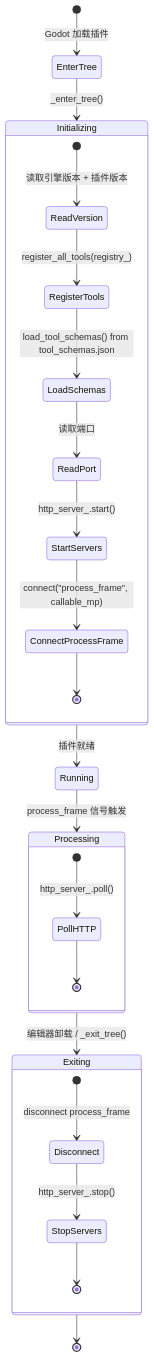
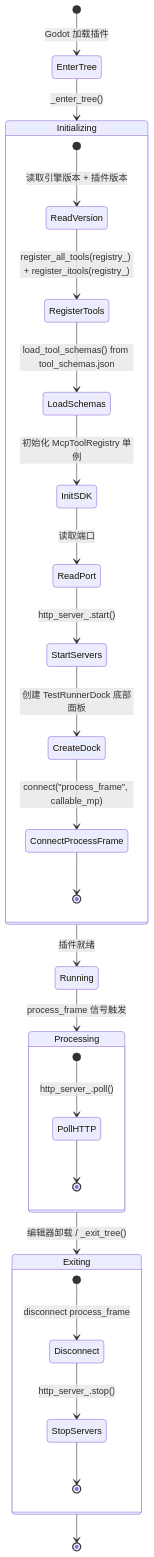
Before and after one commit to jesspig/GodotMCP-GDExtension: the diagram in .repo_wiki/modules/editor-plugin.md, drawn with Mermaid. The commit also changed other lines of this file and 8 other files, not shown here.

````diff
--- a/.repo_wiki/modules/editor-plugin.md
+++ b/.repo_wiki/modules/editor-plugin.md
@@ -7,35 +7,37 @@
 ```mermaid
 stateDiagram-v2
     [*] --> EnterTree: Godot 加载插件
     
     EnterTree --> Initializing: _enter_tree()
     
     state Initializing {
         [*] --> ReadVersion: 读取引擎版本 + 插件版本
-        ReadVersion --> RegisterTools: register_all_tools(registry_)
+        ReadVersion --> RegisterTools: register_all_tools(registry_) + register_itools(registry_)
         RegisterTools --> LoadSchemas: load_tool_schemas() from tool_schemas.json
-        LoadSchemas --> ReadPort: 读取端口
+        LoadSchemas --> InitSDK: 初始化 McpToolRegistry 单例
+        InitSDK --> ReadPort: 读取端口
         ReadPort --> StartServers: http_server_.start()
-        StartServers --> ConnectProcessFrame: connect("process_frame", callable_mp)
+        StartServers --> CreateDock: 创建 TestRunnerDock 底部面板
+        CreateDock --> ConnectProcessFrame: connect("process_frame", callable_mp)
         ConnectProcessFrame --> [*]
     }
     
     Initializing --> Running: 插件就绪
     
     Running --> Processing: process_frame 信号触发
     
     state Processing {
         [*] --> PollHTTP: http_server_.poll()
         PollHTTP --> [*]
     }
     
     Processing --> Exiting: 编辑器卸载 / _exit_tree()
     
     state Exiting {
         [*] --> Disconnect: disconnect process_frame
         Disconnect --> StopServers: http_server_.stop()
         StopServers --> [*]
     }
     
     Exiting --> [*]
 ```
````
